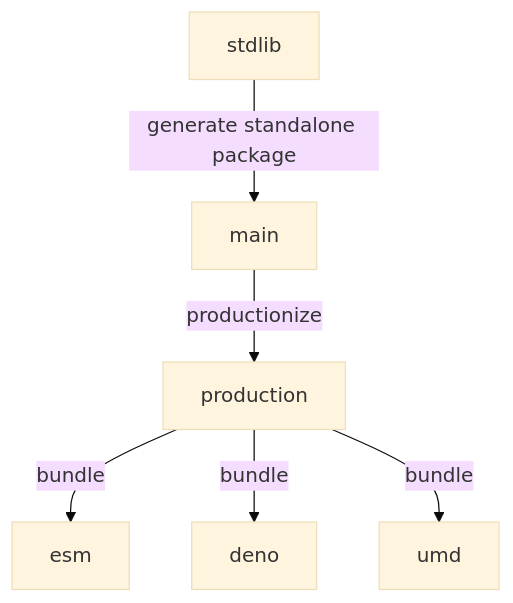
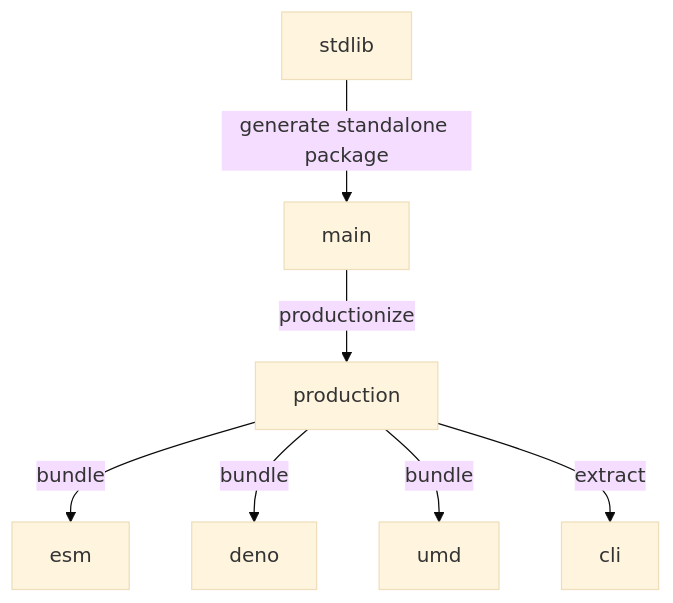
The diagram in branches.md (stdlib-js/utils-eval), drawn with Mermaid (base theme) before and after one commit. The commit also changed other lines of this file and 8 other files, not shown here.

````diff
--- a/branches.md
+++ b/branches.md
@@ -33,15 +34,17 @@
 ```mermaid
 graph TD;
 A[stdlib]-->|generate standalone package|B;
 B[main] -->|productionize| C[production];
 C -->|bundle| D[esm];
 C -->|bundle| E[deno];
 C -->|bundle| F[umd];
+C -->|extract| G[cli];
 
-click A href "https://github.com/stdlib-js/stdlib/tree/develop/lib/node_modules/%40stdlib/utils/eval"
-click B href "https://github.com/stdlib-js/utils-eval/tree/main"
-click C href "https://github.com/stdlib-js/utils-eval/tree/production"
-click D href "https://github.com/stdlib-js/utils-eval/tree/esm"
-click E href "https://github.com/stdlib-js/utils-eval/tree/deno"
-click F href "https://github.com/stdlib-js/utils-eval/tree/umd"
+%% click A href "https://github.com/stdlib-js/stdlib/tree/develop/lib/node_modules/%40stdlib/utils/eval"
+%% click B href "https://github.com/stdlib-js/utils-eval/tree/main"
+%% click C href "https://github.com/stdlib-js/utils-eval/tree/production"
+%% click D href "https://github.com/stdlib-js/utils-eval/tree/esm"
+%% click E href "https://github.com/stdlib-js/utils-eval/tree/deno"
+%% click F href "https://github.com/stdlib-js/utils-eval/tree/umd"
+%% click G href "https://github.com/stdlib-js/utils-eval/tree/cli"
 ```
````
